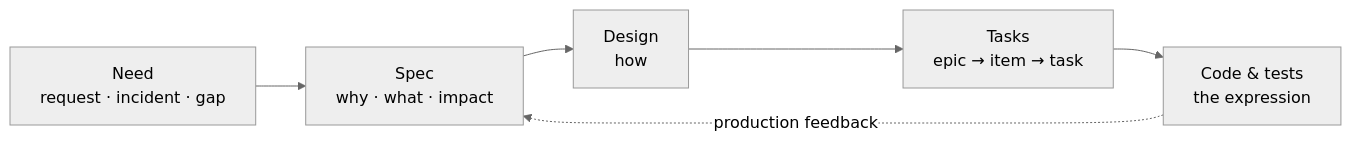
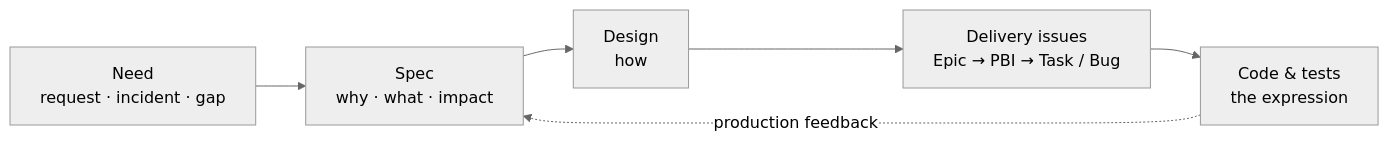
The diagram in src/docs/Ways-of-Working/Spec-Driven-Development.md (MSXOrg/docs), drawn with Mermaid (neutral theme) before and after one commit. The commit also changed other lines of this file and 6 other files, not shown here.

````diff
--- a/src/docs/Ways-of-Working/Spec-Driven-Development.md
+++ b/src/docs/Ways-of-Working/Spec-Driven-Development.md
@@ -24,8 +24,8 @@
 ```mermaid
 flowchart LR
   need["Need\nrequest · incident · gap"] --> spec["Spec\nwhy · what · impact"]
   spec --> design["Design\nhow"]
-  design --> tasks["Tasks\nepic → item → task"]
-  tasks --> code["Code & tests\nthe expression"]
+  design --> issues["Delivery issues\nEpic → PBI → Task / Bug"]
+  issues --> code["Code & tests\nthe expression"]
   code -. "production feedback" .-> spec
 ```
````
